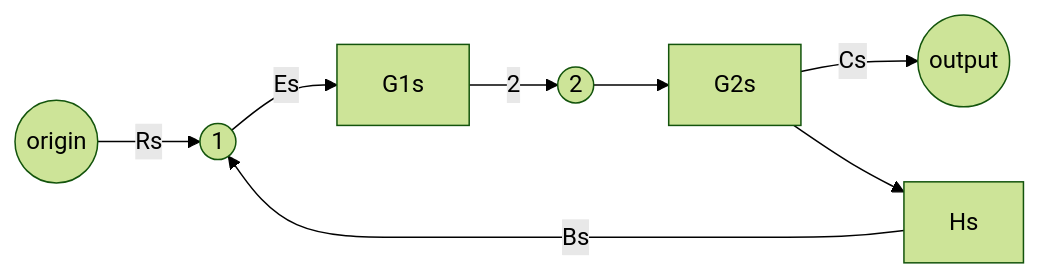
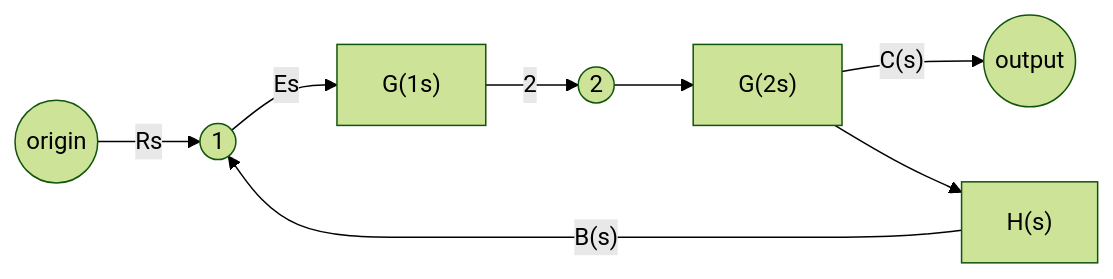
Before and after one commit to Youdnot/Notes: the first of 3 diagrams in 自动控制原理/Chapter 2 自动控制系统的数学模型.md, drawn with Mermaid (forest theme). The commit also changed other lines of this file, not shown here.

Commit message:
Update Chapter 2 自动控制系统的数学模型.md

````diff
--- a/自动控制原理/Chapter 2 自动控制系统的数学模型.md
+++ b/自动控制原理/Chapter 2 自动控制系统的数学模型.md
@@ -218,10 +219,10 @@
 ```mermaid
 flowchart LR
 A((origin))-->|Rs| B((1))
-B -->|Es| C[G1s]
+B -->|Es| C["G(1s)"]
 C -->|2| D((2))
-D --> E[G2s]
-E -->|Cs| F((output))
-E --> G[Hs]
-G -->|Bs| B
+D --> E["G(2s)"]
+E -->|"C(s)"| F((output))
+E --> G["H(s)"]
+G -->|"B(s)"| B
 ```
````
